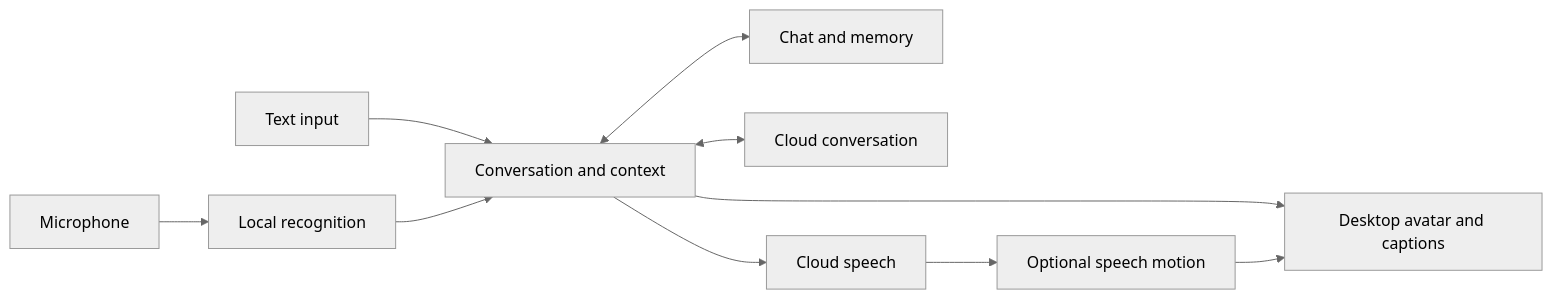
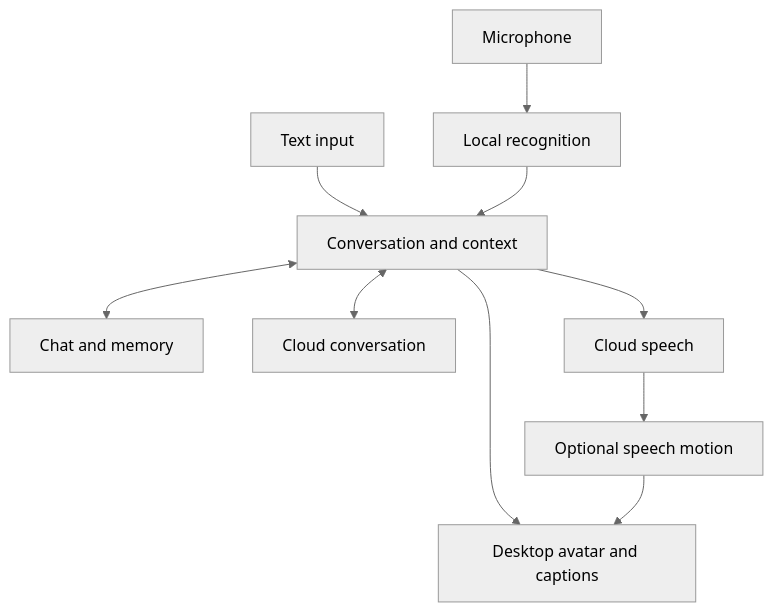
The diagram in docs/i18n/README.en.md (ycwdjb599-hub/ai-companion-desktop), drawn with Mermaid (neutral theme) before and after one commit. The commit also changed 3 other files, not shown here.

Commit message:
Localize technology modules and improve the architecture diagram

````diff
--- a/docs/i18n/README.en.md
+++ b/docs/i18n/README.en.md
@@ -49,19 +49,19 @@
 ```mermaid
-flowchart LR
+flowchart TD
   Text["Text input"]
   Mic["Microphone"]
   ASR["Local recognition"]
   Core["Conversation and context"]
   DB["Chat and memory"]
   LLM["Cloud conversation"]
   TTS["Cloud speech"]
   Motion["Optional speech motion"]
   Avatar["Desktop avatar and captions"]
   Text --> Core
   Mic --> ASR --> Core
   Core <--> DB
   Core <--> LLM
   Core --> TTS
   Core --> Avatar
   TTS --> Motion --> Avatar
 ```
````
